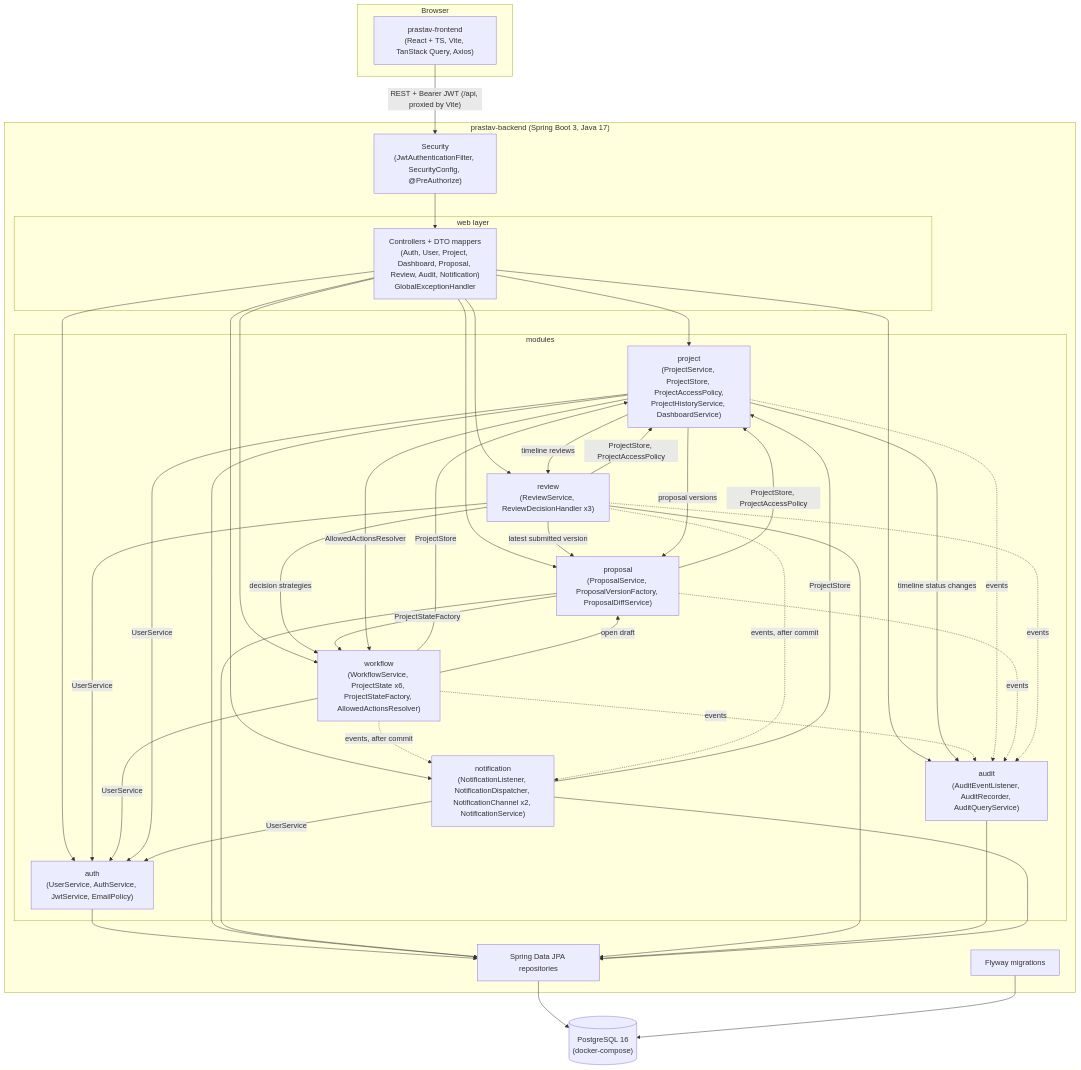
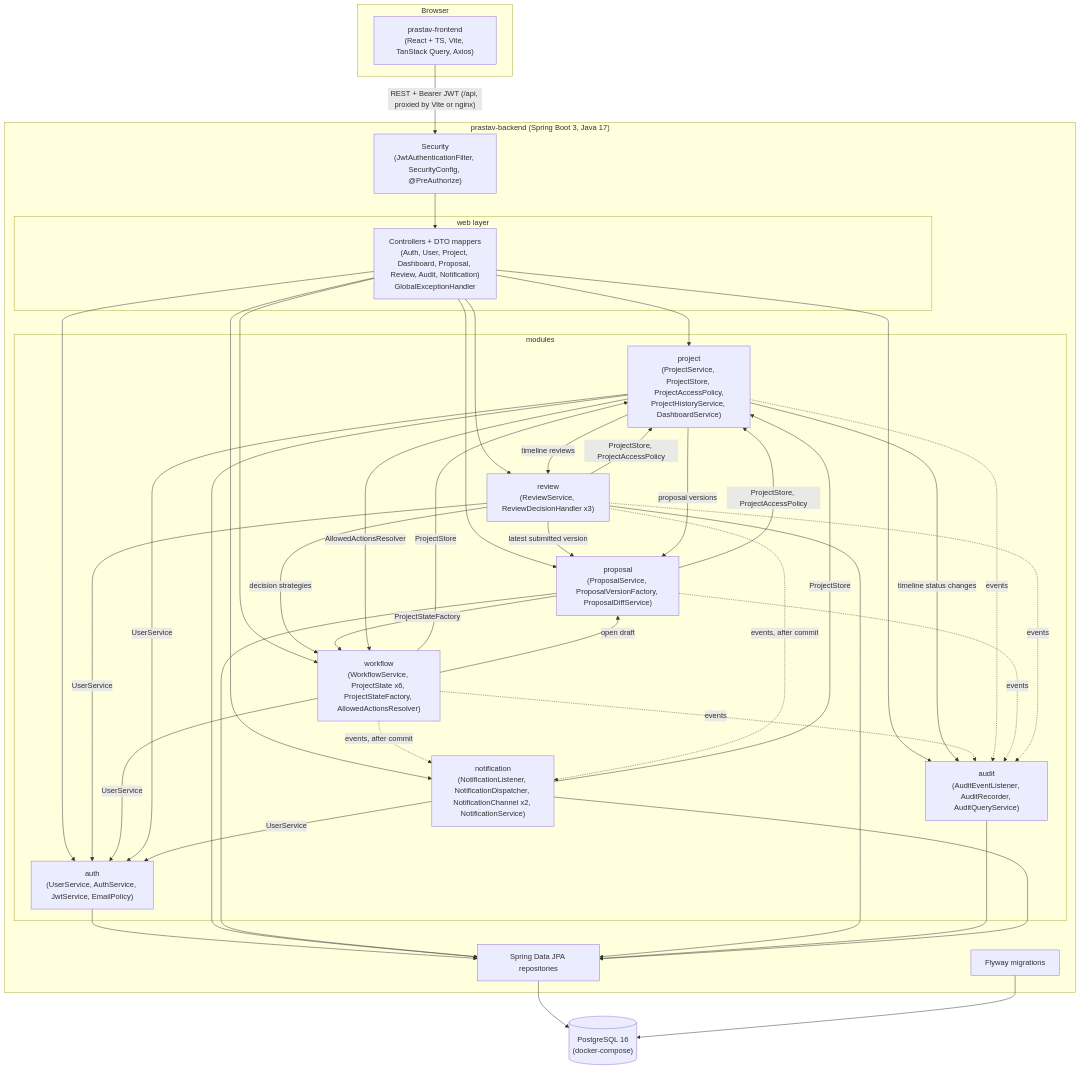
One commit to udita-0707/Prastaav changed the tenth of 15 diagrams in docs/diagrams.md. Above: the diagram before and after it, drawn with Mermaid. The commit also changed 8 other files, not shown here.

````diff
--- a/docs/diagrams.md
+++ b/docs/diagrams.md
@@ -715,63 +715,63 @@
 ```mermaid
 flowchart TB
   subgraph Browser
     FE["prastav-frontend<br/>(React + TS, Vite, TanStack Query, Axios)"]
   end
   subgraph BE["prastav-backend (Spring Boot 3, Java 17)"]
     SEC["Security<br/>(JwtAuthenticationFilter, SecurityConfig, @PreAuthorize)"]
     subgraph WL["web layer"]
       WEB["Controllers + DTO mappers<br/>(Auth, User, Project, Dashboard, Proposal, Review, Audit, Notification)<br/>GlobalExceptionHandler"]
     end
     subgraph MODS["modules"]
       AUTH["auth<br/>(UserService, AuthService, JwtService, EmailPolicy)"]
       PROJ["project<br/>(ProjectService, ProjectStore, ProjectAccessPolicy,<br/>ProjectHistoryService, DashboardService)"]
       PROP["proposal<br/>(ProposalService, ProposalVersionFactory, ProposalDiffService)"]
       REV["review<br/>(ReviewService, ReviewDecisionHandler x3)"]
       WF["workflow<br/>(WorkflowService, ProjectState x6, ProjectStateFactory, AllowedActionsResolver)"]
       AUD["audit<br/>(AuditEventListener, AuditRecorder, AuditQueryService)"]
       NOTIF["notification<br/>(NotificationListener, NotificationDispatcher, NotificationChannel x2, NotificationService)"]
     end
     REPO["Spring Data JPA repositories"]
     FLY["Flyway migrations"]
   end
   DB[("PostgreSQL 16<br/>(docker-compose)")]
-  FE -->|"REST + Bearer JWT (/api, proxied by Vite)"| SEC
+  FE -->|"REST + Bearer JWT (/api, proxied by Vite or nginx)"| SEC
   SEC --> WEB
   WEB --> AUTH
   WEB --> PROJ
   WEB --> PROP
   WEB --> REV
   WEB --> WF
   WEB --> AUD
   WEB --> NOTIF
   REV -->|"decision strategies"| WF
   REV -->|"ProjectStore, ProjectAccessPolicy"| PROJ
   REV -->|"latest submitted version"| PROP
   REV -->|"UserService"| AUTH
   WF -->|"ProjectStore"| PROJ
   WF -->|"open draft"| PROP
   WF -->|"UserService"| AUTH
   PROP -->|"ProjectStore, ProjectAccessPolicy"| PROJ
   PROP -->|"ProjectStateFactory"| WF
   PROJ -->|"proposal versions"| PROP
   PROJ -->|"AllowedActionsResolver"| WF
   PROJ -->|"UserService"| AUTH
   PROJ -->|"timeline reviews"| REV
   PROJ -->|"timeline status changes"| AUD
   NOTIF -->|"ProjectStore"| PROJ
   NOTIF -->|"UserService"| AUTH
   WF -.->|"events"| AUD
   PROJ -.->|"events"| AUD
   PROP -.->|"events"| AUD
   REV -.->|"events"| AUD
   WF -.->|"events, after commit"| NOTIF
   REV -.->|"events, after commit"| NOTIF
   AUTH --> REPO
   PROJ --> REPO
   PROP --> REPO
   REV --> REPO
   AUD --> REPO
   NOTIF --> REPO
   REPO --> DB
   FLY --> DB
 ```
````
